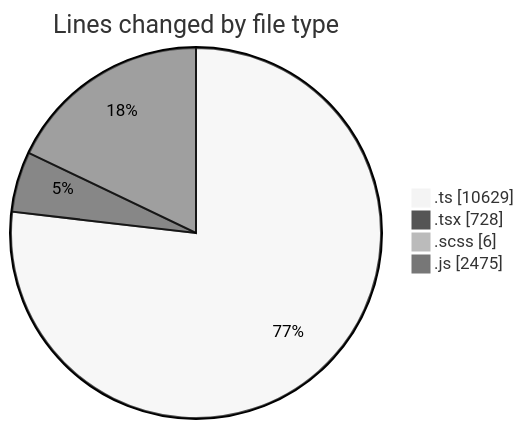
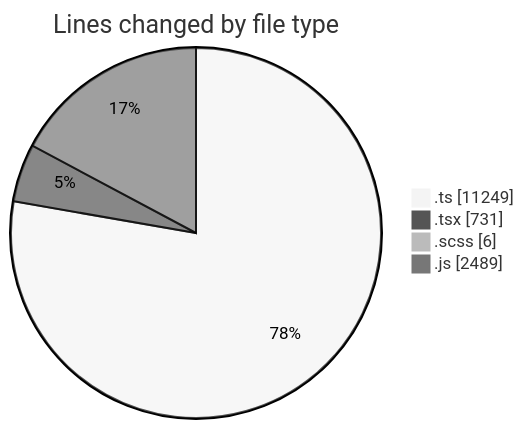
Before and after one commit to momahboobian/code-tracking: the first of 2 diagrams in 2026-03-17/cda/README.md, drawn with Mermaid (neutral theme). The commit also changed other lines of this file and 1 other file, not shown here.

````diff
--- a/2026-03-17/cda/README.md
+++ b/2026-03-17/cda/README.md
@@ -35,8 +37,8 @@
 ```mermaid
 pie showData
 title Lines changed by file type
-".ts" : 10629
-".tsx" : 728
+".ts" : 11249
+".tsx" : 731
 ".scss" : 6
-".js" : 2475
+".js" : 2489
 ```
````
